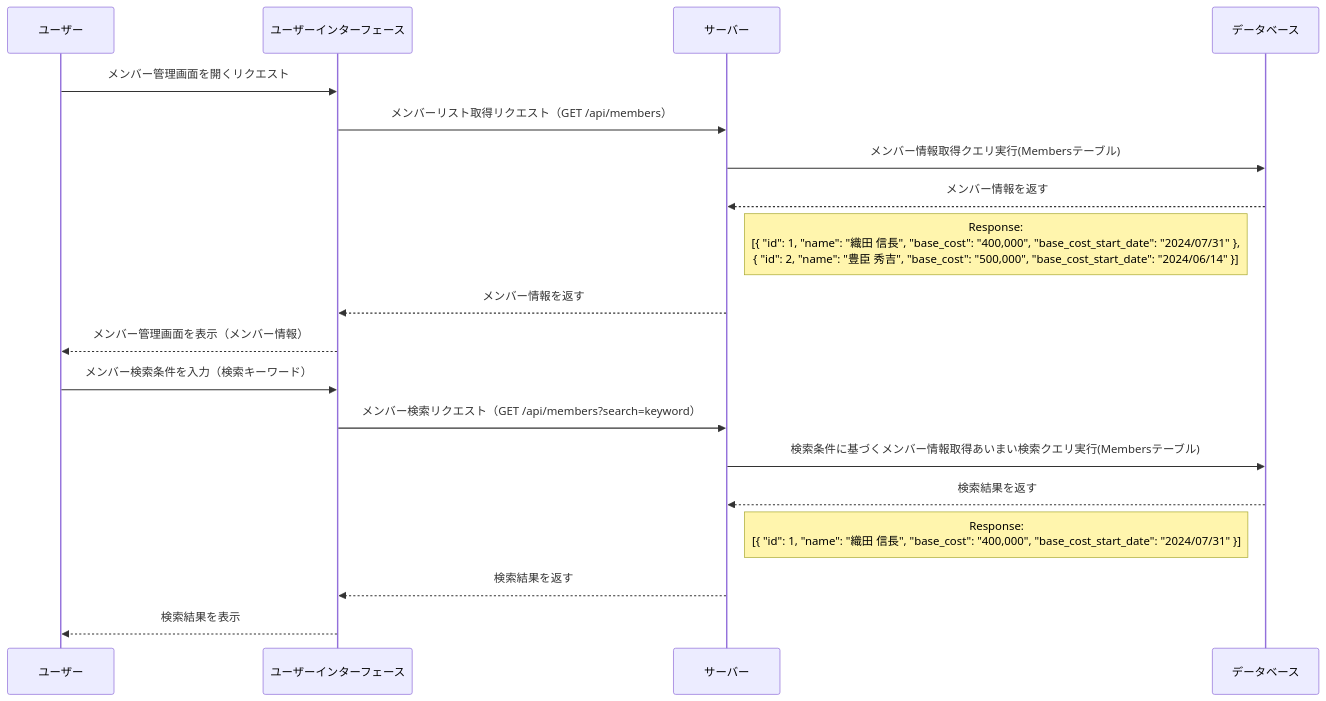
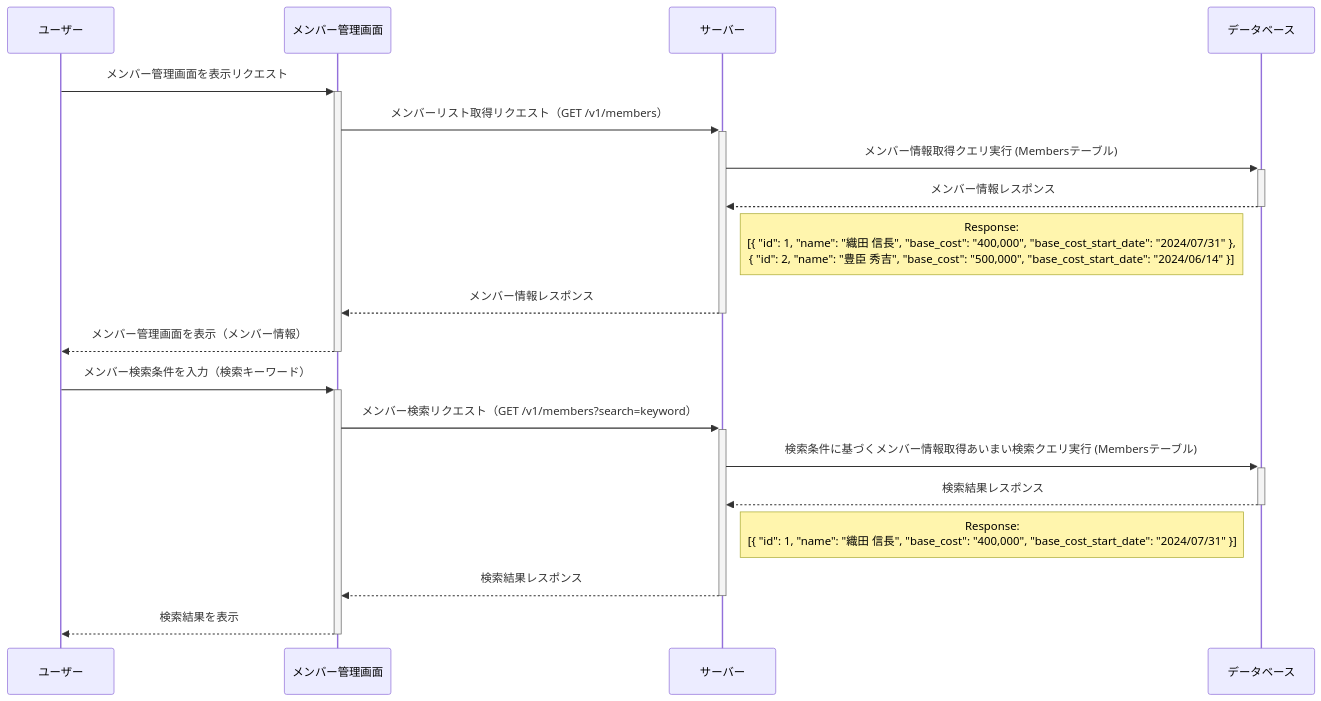
The diagram in sequence/ Member.md (RyosukeSakakibara718/project-balancer_doc), drawn with Mermaid before and after one commit. The commit also changed 1 other file, not shown here.

Commit message:
add:create MemberActions

````diff
--- a/sequence/ Member.md
+++ b/sequence/ Member.md
@@ -6,23 +6,24 @@
 ```mermaid
 sequenceDiagram
     participant User as ユーザー
-    participant UI as ユーザーインターフェース
+    participant UI as メンバー管理画面
     participant Server as サーバー
     participant DB as データベース
 
-    User->>UI: メンバー管理画面を開くリクエスト
-    UI->>Server: メンバーリスト取得リクエスト（GET /api/members）
-    Server->>DB: メンバー情報取得クエリ実行(Membersテーブル)
-    DB-->>Server: メンバー情報を返す
+    User->>+UI: メンバー管理画面を表示リクエスト
+    UI->>+Server: メンバーリスト取得リクエスト（GET /v1/members）
+    Server->>+DB: メンバー情報取得クエリ実行 (Membersテーブル)
+    DB-->>-Server: メンバー情報レスポンス
     note right of Server: Response: <br>[{ "id": 1, "name": "織田 信長", "base_cost": "400,000", "base_cost_start_date": "2024/07/31" },<br>{ "id": 2, "name": "豊臣 秀吉", "base_cost": "500,000", "base_cost_start_date": "2024/06/14" }]
-    Server-->>UI: メンバー情報を返す
-    UI-->>User: メンバー管理画面を表示（メンバー情報）
+    Server-->>-UI: メンバー情報レスポンス
+    UI-->>-User: メンバー管理画面を表示（メンバー情報）
 
-    User->>UI: メンバー検索条件を入力（検索キーワード）
-    UI->>Server: メンバー検索リクエスト（GET /api/members?search=keyword）
-    Server->>DB: 検索条件に基づくメンバー情報取得あいまい検索クエリ実行(Membersテーブル)
-    DB-->>Server: 検索結果を返す
+    User->>+UI: メンバー検索条件を入力（検索キーワード）
+    UI->>+Server: メンバー検索リクエスト（GET /v1/members?search=keyword）
+    Server->>+DB: 検索条件に基づくメンバー情報取得あいまい検索クエリ実行 (Membersテーブル)
+    DB-->>-Server: 検索結果レスポンス
     note right of Server: Response: <br>[{ "id": 1, "name": "織田 信長", "base_cost": "400,000", "base_cost_start_date": "2024/07/31" }]
-    Server-->>UI: 検索結果を返す
-    UI-->>User: 検索結果を表示
+    Server-->>-UI: 検索結果レスポンス
+    UI-->>-User: 検索結果を表示
+
 ```
````
